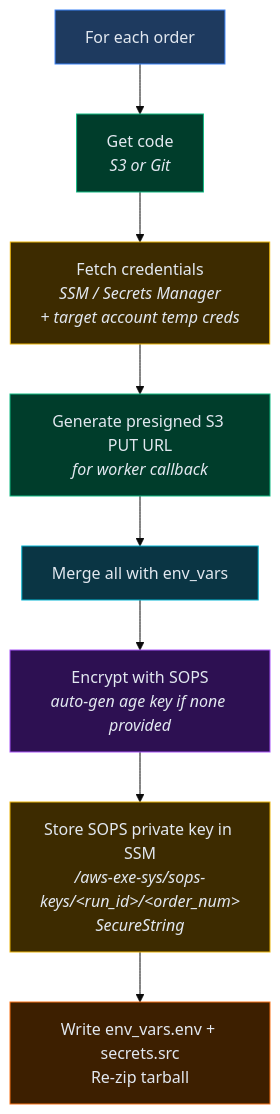
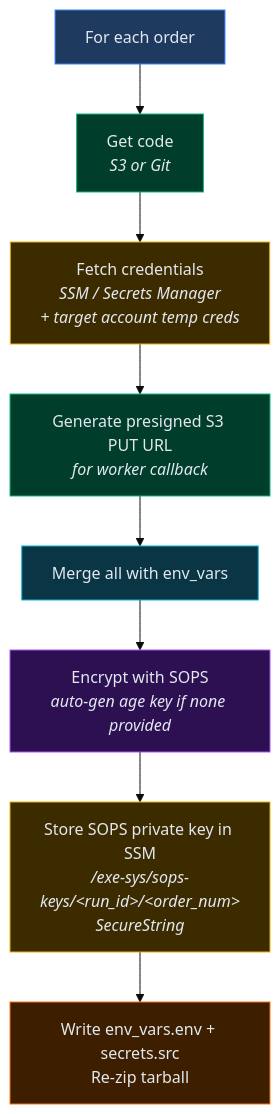
One commit to config0-hub/aws-execution-engine changed the fourth of 36 diagrams in docs/ARCHITECTURE.md. Above: the diagram before and after it, drawn with Mermaid (base theme). The commit also changed other lines of this file and 170 other files, not shown here.

````diff
--- a/docs/ARCHITECTURE.md
+++ b/docs/ARCHITECTURE.md
@@ -93,22 +95,22 @@
 ```mermaid
 flowchart TB
     Start["For each order"]
     Code["Get code<br><i>S3 or Git</i>"]
     Creds["Fetch credentials<br><i>SSM / Secrets Manager</i><br><i>+ target account temp creds</i>"]
     Presign["Generate presigned S3 PUT URL<br><i>for worker callback</i>"]
     Merge["Merge all with env_vars"]
     SOPS["Encrypt with SOPS<br><i>auto-gen age key if none provided</i>"]
-    SSMStore["Store SOPS private key in SSM<br><i>/aws-exe-sys/sops-keys/&lt;run_id&gt;/&lt;order_num&gt;</i><br><i>SecureString</i>"]
+    SSMStore["Store SOPS private key in SSM<br><i>/exe-sys/sops-keys/&lt;run_id&gt;/&lt;order_num&gt;</i><br><i>SecureString</i>"]
     Write["Write env_vars.env + secrets.src<br>Re-zip tarball"]
 
     Start --> Code --> Creds --> Presign --> Merge --> SOPS --> SSMStore --> Write
 
     style Start fill:#1e3a5f,stroke:#3b82f6,color:#e2e8f0
     style Code fill:#003d2b,stroke:#10b981,color:#e2e8f0
     style Creds fill:#3d2b00,stroke:#eab308,color:#e2e8f0
     style Presign fill:#003d2b,stroke:#10b981,color:#e2e8f0
     style Merge fill:#0a3544,stroke:#06b6d4,color:#e2e8f0
     style SOPS fill:#2d1052,stroke:#a855f7,color:#e2e8f0
     style SSMStore fill:#3d2b00,stroke:#eab308,color:#e2e8f0
     style Write fill:#3d1f00,stroke:#f97316,color:#e2e8f0
 ```
````
